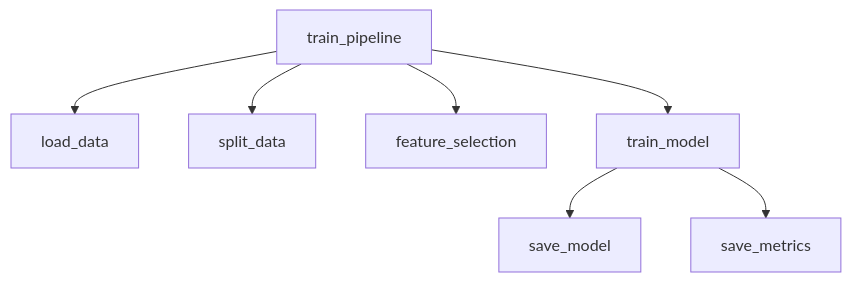
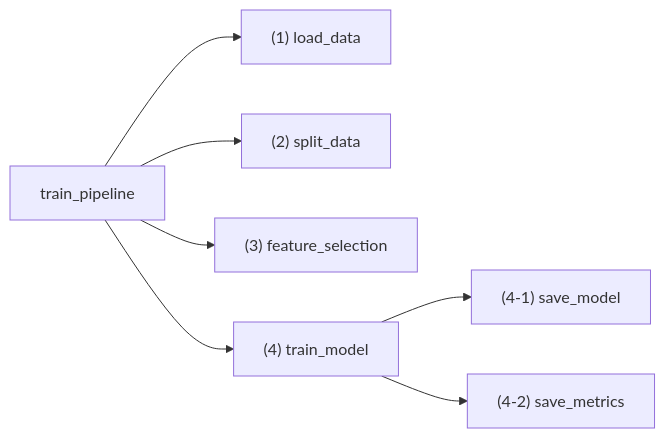
The third of 7 diagrams in docs/source/guide/developer_guide.md (YutaroNakagama/vehicle_based_DDD_comparison), drawn with Mermaid before and after one commit. The commit also changed other lines of this file, not shown here.

````diff
--- a/docs/source/guide/developer_guide.md
+++ b/docs/source/guide/developer_guide.md
@@ -142,9 +132,9 @@
 ```mermaid
-graph TD
-  train_pipeline --> load_data
-  train_pipeline --> split_data
-  train_pipeline --> feature_selection
-  train_pipeline --> train_model
-  train_model --> save_model
-  train_model --> save_metrics
+graph LR
+  train_pipeline --> load_data["(1) load_data"]
+  train_pipeline --> split_data["(2) split_data"]
+  train_pipeline --> feature_selection["(3) feature_selection"]
+  train_pipeline --> train_model["(4) train_model"]
+  train_model --> save_model["(4-1) save_model"]
+  train_model --> save_metrics["(4-2) save_metrics"]
 ```
````
